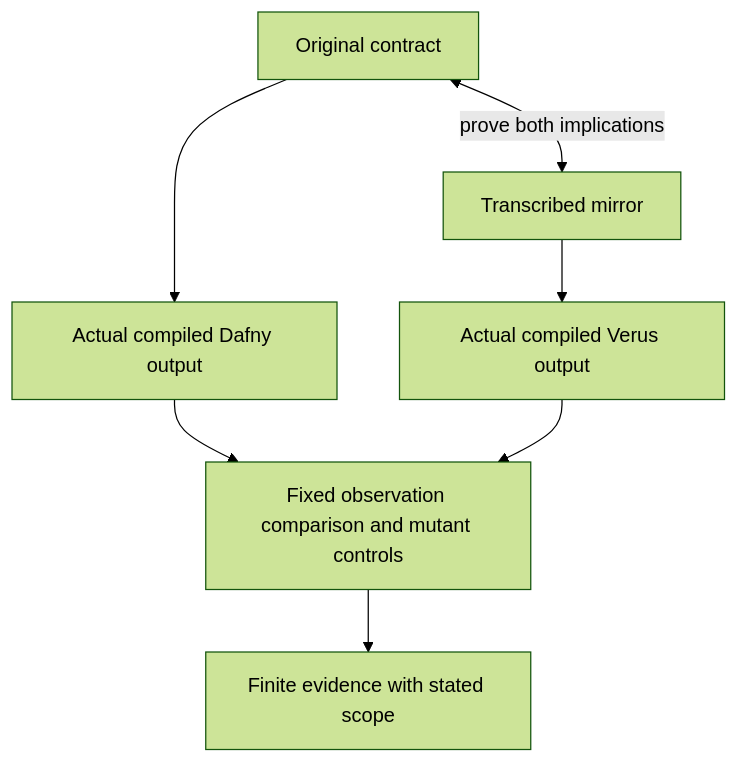
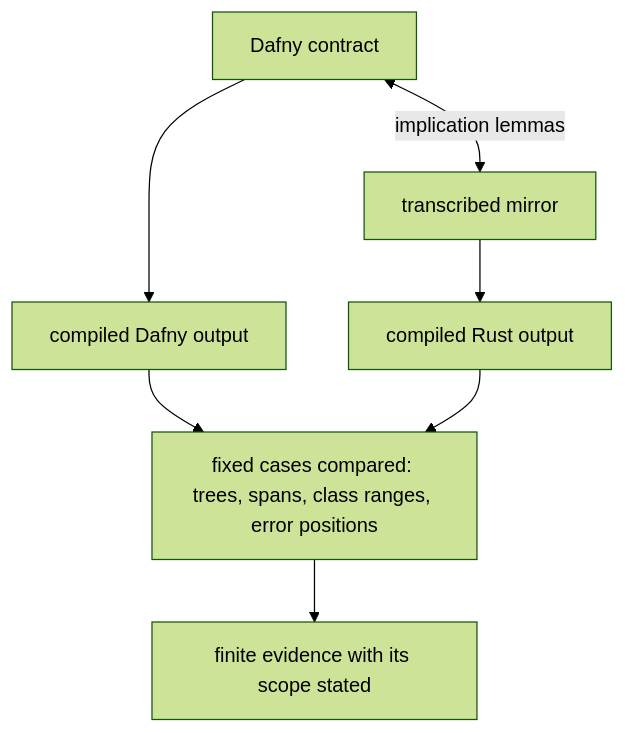
One commit to leobwang/dafny-verus-learn-0 changed the third of 3 diagrams in docs/R09_Effects.md. Above: the diagram before and after it, drawn with Mermaid (forest theme). The commit also changed other lines of this file and 56 other files, not shown here.

````diff
--- a/docs/R09_Effects.md
+++ b/docs/R09_Effects.md
@@ -363,9 +1578,9 @@
 ```mermaid
 flowchart TD
-  O["Original contract"] <-->|"prove both implications"| M["Transcribed mirror"]
-  O --> D["Actual compiled Dafny output"]
-  M --> V["Actual compiled Verus output"]
-  D --> X["Fixed observation comparison and mutant controls"]
+  O["Dafny contract"] <-->|"implication lemmas"| M["transcribed mirror"]
+  O --> D["compiled Dafny output"]
+  M --> V["compiled Rust output"]
+  D --> X["fixed cases compared: trees, spans, class ranges, error positions"]
   V --> X
-  X --> F["Finite evidence with stated scope"]
+  X --> F["finite evidence with its scope stated"]
 ```
````
